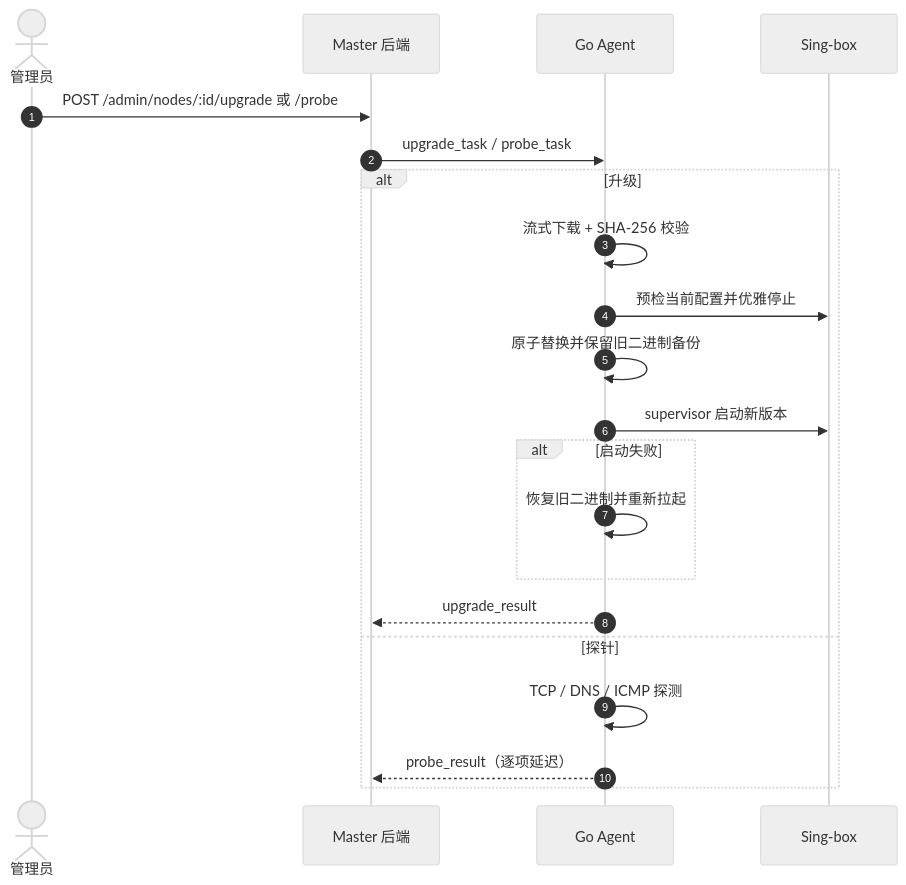
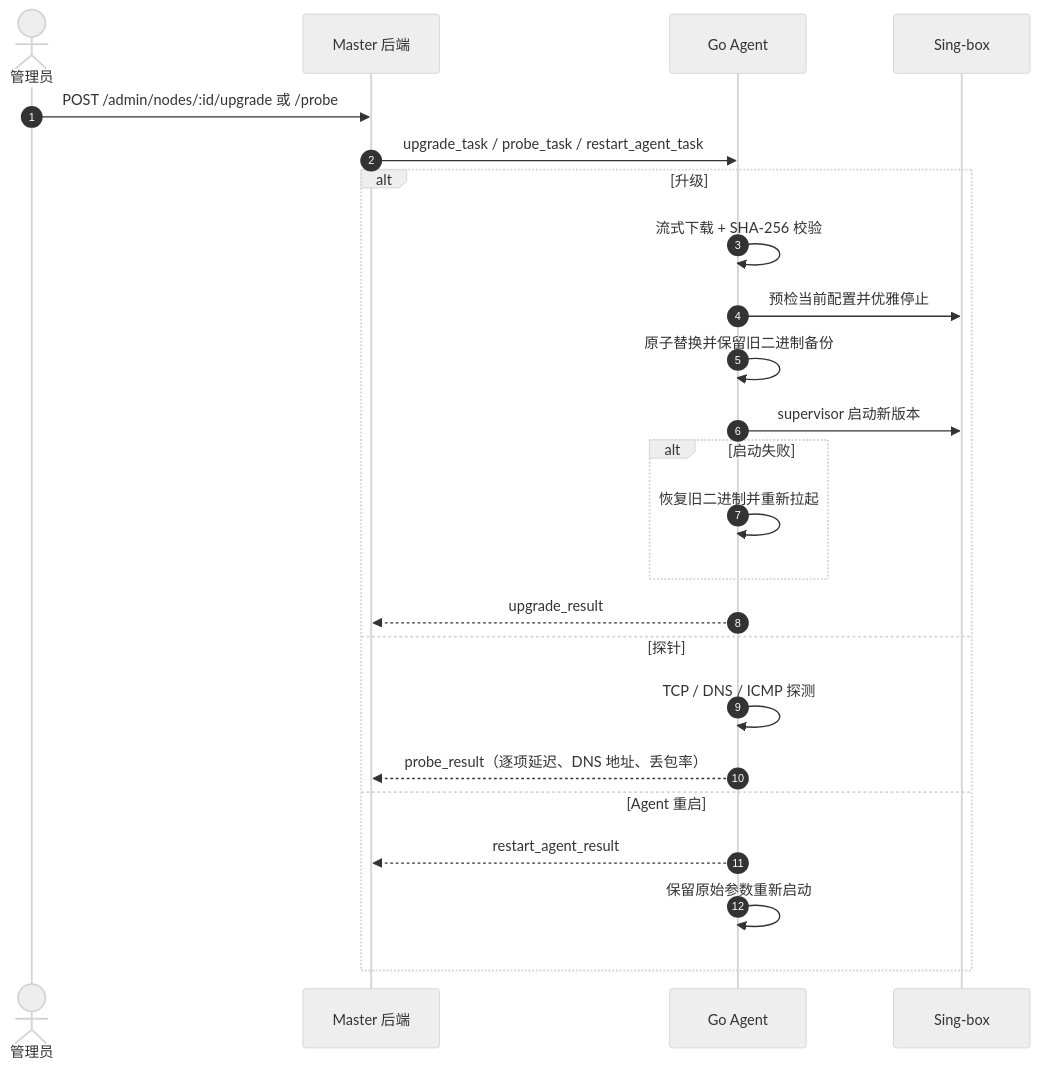
One commit to Nanako660/riricloud changed the fifth of 5 diagrams in docs/ARCHITECTURE.md. Above: the diagram before and after it, drawn with Mermaid (neutral theme). The commit also changed other lines of this file and 41 other files, not shown here.

````diff
--- a/docs/ARCHITECTURE.md
+++ b/docs/ARCHITECTURE.md
@@ -172,24 +173,27 @@
 ```mermaid
 sequenceDiagram
     autonumber
     actor Admin as 管理员
     participant Master as Master 后端
     participant Agent as Go Agent
     participant Kernel as Sing-box
 
     Admin->>Master: POST /admin/nodes/:id/upgrade 或 /probe
-    Master->>Agent: upgrade_task / probe_task
+    Master->>Agent: upgrade_task / probe_task / restart_agent_task
     alt 升级
         Agent->>Agent: 流式下载 + SHA-256 校验
         Agent->>Kernel: 预检当前配置并优雅停止
         Agent->>Agent: 原子替换并保留旧二进制备份
         Agent->>Kernel: supervisor 启动新版本
         alt 启动失败
             Agent->>Agent: 恢复旧二进制并重新拉起
         end
         Agent-->>Master: upgrade_result
     else 探针
         Agent->>Agent: TCP / DNS / ICMP 探测
-        Agent-->>Master: probe_result（逐项延迟）
+        Agent-->>Master: probe_result（逐项延迟、DNS 地址、丢包率）
+    else Agent 重启
+        Agent-->>Master: restart_agent_result
+        Agent->>Agent: 保留原始参数重新启动
     end
 ```
````
